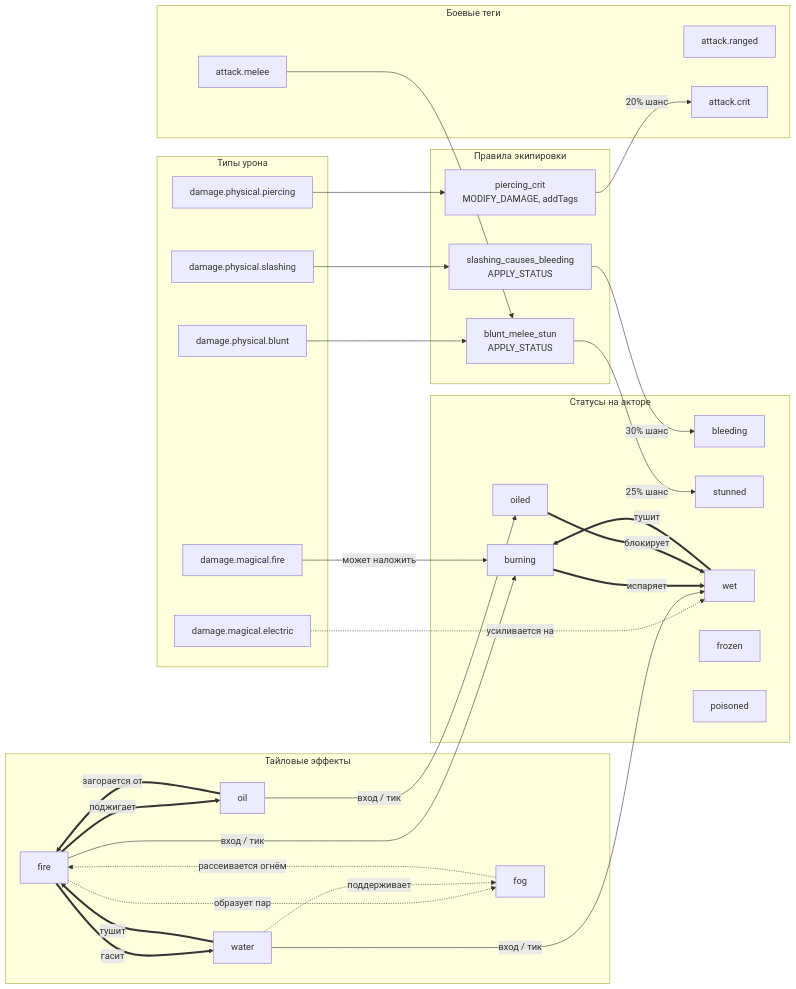
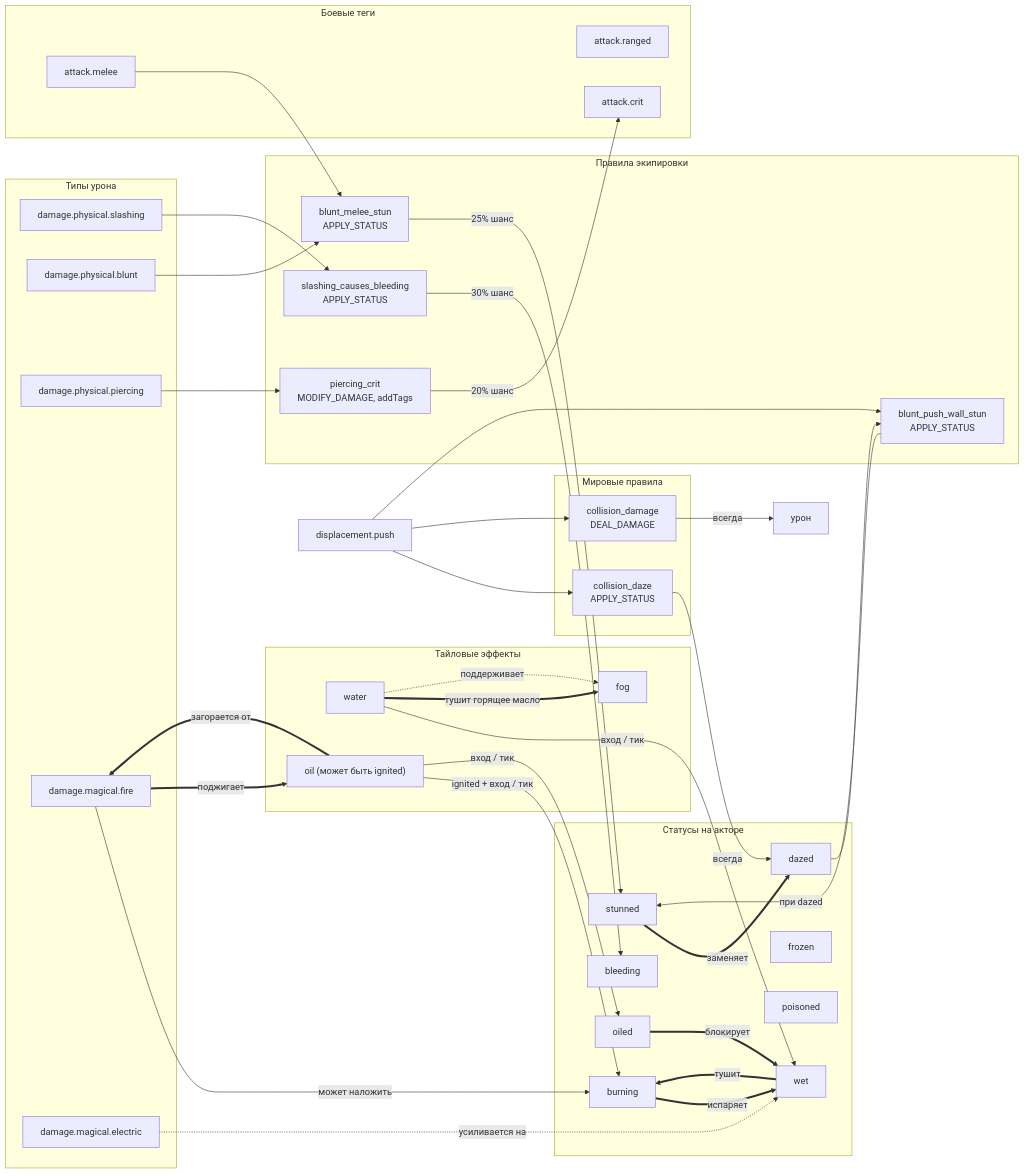
Before and after one commit to muska2203/mousefall: the diagram in docs/plans/Диаграмма_зависимостей_боевой_системы.md, drawn with Mermaid. The commit also changed other lines of this file and 6 other files, not shown here.

````diff
--- a/docs/plans/Диаграмма_зависимостей_боевой_системы.md
+++ b/docs/plans/Диаграмма_зависимостей_боевой_системы.md
@@ -10,68 +10,82 @@
 ```mermaid
 flowchart LR
     subgraph DamageTypes["Типы урона"]
         SLASH["damage.physical.slashing"]
         BLUNT["damage.physical.blunt"]
         PIERCE["damage.physical.piercing"]
         FIRE["damage.magical.fire"]
         ELECTRIC["damage.magical.electric"]
     end
 
     subgraph CombatTags["Боевые теги"]
         MELEE["attack.melee"]
         RANGED["attack.ranged"]
         CRIT["attack.crit"]
     end
 
     subgraph EquipRules["Правила экипировки"]
         RULE_PIERCE["piercing_crit<br/>MODIFY_DAMAGE, addTags"]
         RULE_BLUNT["blunt_melee_stun<br/>APPLY_STATUS"]
+        RULE_BLUNT_PUSH["blunt_push_wall_stun<br/>APPLY_STATUS"]
         RULE_SLASH["slashing_causes_bleeding<br/>APPLY_STATUS"]
+    end
+
+    subgraph WorldRules["Мировые правила"]
+        RULE_COLLISION_DAZE["collision_daze<br/>APPLY_STATUS"]
+        RULE_COLLISION_DAMAGE["collision_damage<br/>DEAL_DAMAGE"]
     end
 
     subgraph Statuses["Статусы на акторе"]
         BLEEDING["bleeding"]
         STUNNED["stunned"]
+        DAZED["dazed"]
         BURNING["burning"]
         WET["wet"]
         OILED["oiled"]
         FROZEN["frozen"]
         POISONED["poisoned"]
     end
 
     subgraph TileEffects["Тайловые эффекты"]
-        TILE_FIRE["fire"]
         TILE_WATER["water"]
-        TILE_OIL["oil"]
+        TILE_OIL["oil (может быть ignited)"]
         TILE_FOG["fog"]
     end
 
     SLASH --> RULE_SLASH
     RULE_SLASH -->|30% шанс| BLEEDING
 
     BLUNT --> RULE_BLUNT
     MELEE --> RULE_BLUNT
     RULE_BLUNT -->|25% шанс| STUNNED
 
+    PUSH["displacement.push"] --> RULE_BLUNT_PUSH
+    DAZED --> RULE_BLUNT_PUSH
+    RULE_BLUNT_PUSH -->|при dazed| STUNNED
+
+    PUSH --> RULE_COLLISION_DAZE
+    RULE_COLLISION_DAZE -->|всегда| DAZED
+
+    PUSH --> RULE_COLLISION_DAMAGE
+    RULE_COLLISION_DAMAGE -->|всегда| DAMAGE["урон"]
+
     PIERCE --> RULE_PIERCE
     RULE_PIERCE -->|20% шанс| CRIT
 
     FIRE -->|может наложить| BURNING
     ELECTRIC -.->|усиливается на| WET
 
-    TILE_FIRE -->|вход / тик| BURNING
+    TILE_OIL -->|ignited + вход / тик| BURNING
     TILE_WATER -->|вход / тик| WET
     TILE_OIL -->|вход / тик| OILED
 
     WET ==>|тушит| BURNING
     BURNING ==>|испаряет| WET
     OILED ==>|блокирует| WET
+    STUNNED ==>|заменяет| DAZED
 
-    TILE_FIRE ==>|поджигает| TILE_OIL
-    TILE_OIL ==>|загорается от| TILE_FIRE
-    TILE_FIRE ==>|гасит| TILE_WATER
-    TILE_WATER ==>|тушит| TILE_FIRE
-    TILE_FIRE -.->|образует пар| TILE_FOG
+    FIRE ==>|поджигает| TILE_OIL
+    TILE_OIL ==>|загорается от| FIRE
+    TILE_WATER ==>|тушит горящее масло| TILE_FOG
     TILE_WATER -.->|поддерживает| TILE_FOG
-    TILE_FOG -.->|рассеивается огнём| TILE_FIRE
 ```
````
